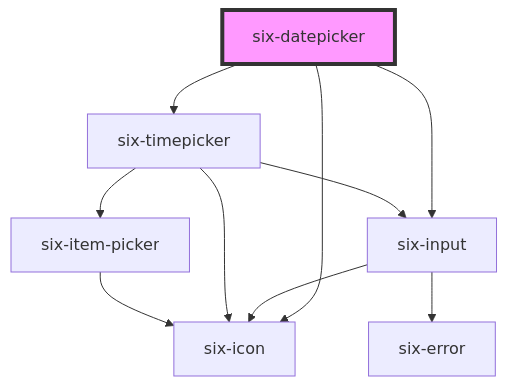
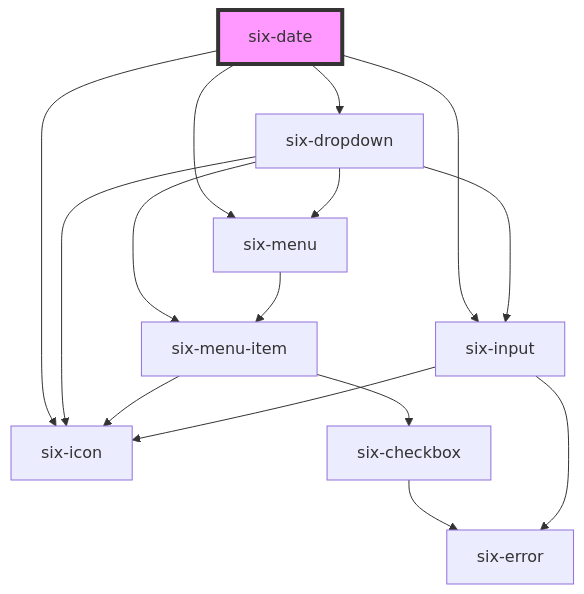
The diagram in libraries/ui-library/src/components/six-date/readme.md (six-group/six-webcomponents), drawn with Mermaid before and after one commit. The commit also changed other lines of this file and 39 other files, not shown here.

````diff
--- a/libraries/ui-library/src/components/six-date/readme.md
+++ b/libraries/ui-library/src/components/six-date/readme.md
@@ -112,13 +109,18 @@
 ```mermaid
 graph TD;
-  six-datepicker --> six-icon
-  six-datepicker --> six-input
-  six-datepicker --> six-timepicker
+  six-date --> six-icon
+  six-date --> six-dropdown
+  six-date --> six-input
+  six-date --> six-menu
+  six-dropdown --> six-menu-item
+  six-dropdown --> six-input
+  six-dropdown --> six-icon
+  six-dropdown --> six-menu
+  six-menu-item --> six-checkbox
+  six-menu-item --> six-icon
+  six-checkbox --> six-error
   six-input --> six-icon
   six-input --> six-error
-  six-timepicker --> six-item-picker
-  six-timepicker --> six-icon
-  six-timepicker --> six-input
-  six-item-picker --> six-icon
-  style six-datepicker fill:#f9f,stroke:#333,stroke-width:4px
+  six-menu --> six-menu-item
+  style six-date fill:#f9f,stroke:#333,stroke-width:4px
 ```
````
